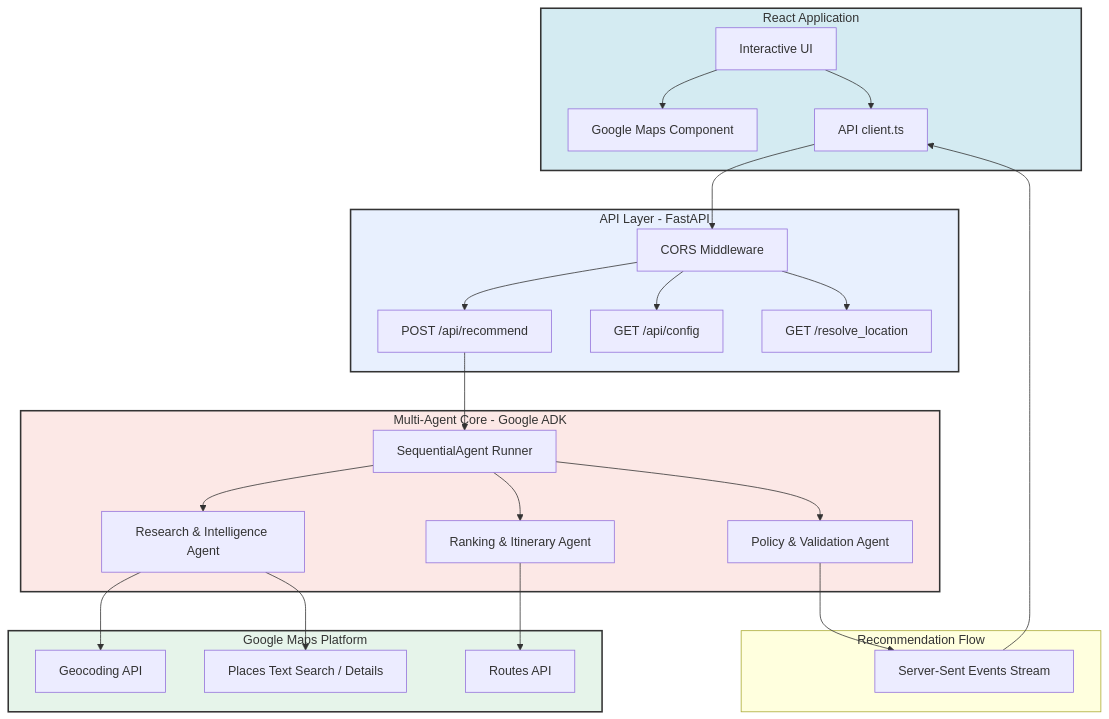
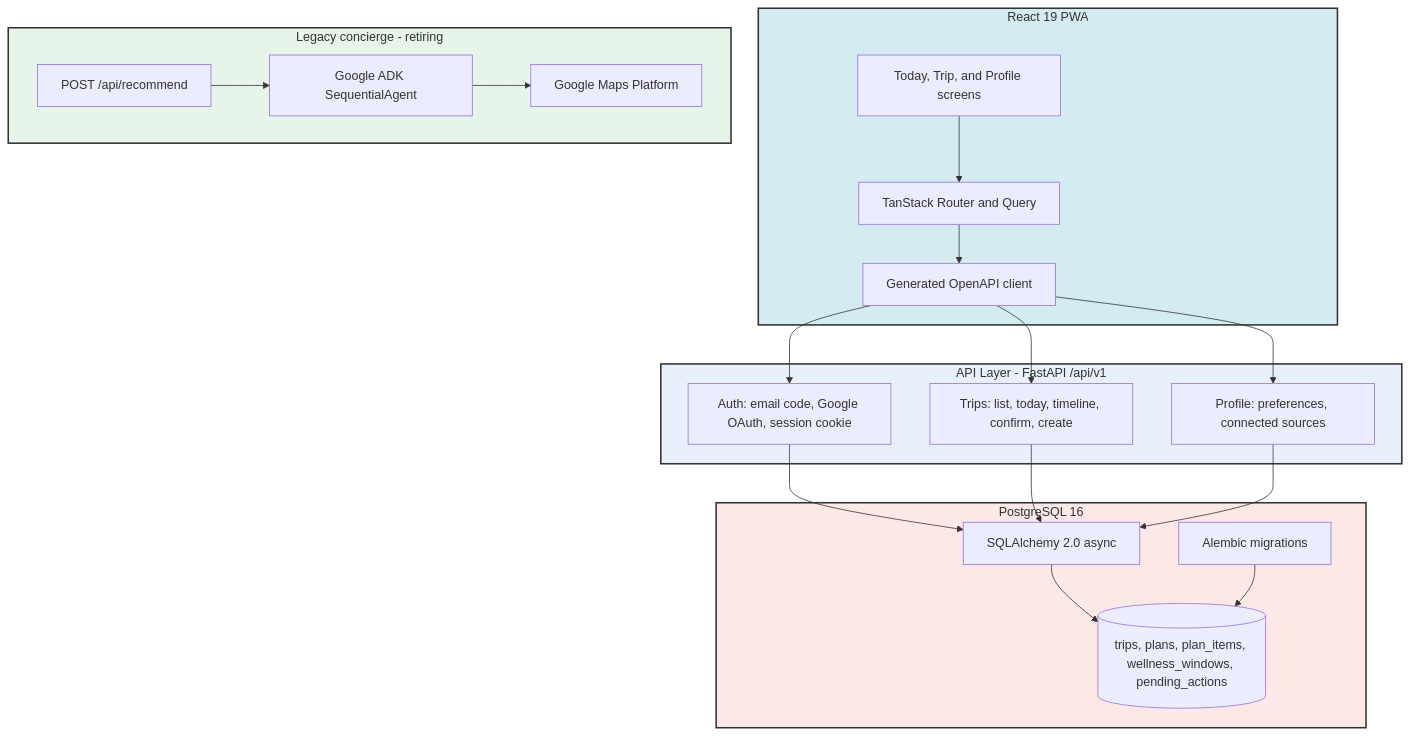
One commit to scrivner-solutions/travelwell-agent changed the diagram in README.md. Above: the diagram before and after it, drawn with Mermaid. The commit also changed other lines of this file and 7 other files, not shown here.

````diff
--- a/README.md
+++ b/README.md
@@ -49,37 +48,32 @@
 ```mermaid
 graph TD
-    subgraph Frontend [React Application]
-        UI[Interactive UI] --> Map[Google Maps Component]
-        UI --> Client[API client.ts]
+    subgraph Frontend [React 19 PWA]
+        UI[Today, Trip, and Profile screens]
+        UI --> Router[TanStack Router and Query]
+        Router --> Client[Generated OpenAPI client]
     end
 
-    subgraph API [API Layer - FastAPI]
-        Client --> CORS[CORS Middleware]
-        CORS --> RecRoute[POST /api/recommend]
-        CORS --> ConfigRoute[GET /api/config]
-        CORS --> GeocodeRoute[GET /resolve_location]
+    subgraph API [API Layer - FastAPI /api/v1]
+        Client --> Auth["Auth: email code, Google OAuth, session cookie"]
+        Client --> TripsAPI["Trips: list, today, timeline, confirm, create"]
+        Client --> ProfileAPI["Profile: preferences, connected sources"]
     end
 
-    subgraph Agents [Multi-Agent Core - Google ADK]
-        RecRoute --> SeqRunner[SequentialAgent Runner]
-        SeqRunner --> ResearchAgent[Research & Intelligence Agent]
-        SeqRunner --> RankingAgent[Ranking & Itinerary Agent]
-        SeqRunner --> PolicyAgent[Policy & Validation Agent]
+    subgraph Data [PostgreSQL 16]
+        Auth --> ORM[SQLAlchemy 2.0 async]
+        TripsAPI --> ORM
+        ProfileAPI --> ORM
+        ORM --> DB[("trips, plans, plan_items, wellness_windows, pending_actions")]
+        Alembic[Alembic migrations] --> DB
     end
 
-    subgraph External [Google Maps Platform]
-        ResearchAgent --> Geocoding[Geocoding API]
-        ResearchAgent --> Places[Places Text Search / Details]
-        RankingAgent --> Routes[Routes API]
-    end
-
-    subgraph Responses [Recommendation Flow]
-        PolicyAgent --> SSE[Server-Sent Events Stream]
-        SSE --> Client
+    subgraph Legacy [Legacy concierge - retiring]
+        RecRoute[POST /api/recommend] --> SeqRunner[Google ADK SequentialAgent]
+        SeqRunner --> Maps[Google Maps Platform]
     end
 
     style Frontend fill:#d4ebf2,stroke:#333,stroke-width:2px
     style API fill:#e8f0fe,stroke:#333,stroke-width:2px
-    style Agents fill:#fce8e6,stroke:#333,stroke-width:2px
-    style External fill:#e6f4ea,stroke:#333,stroke-width:2px
+    style Data fill:#fce8e6,stroke:#333,stroke-width:2px
+    style Legacy fill:#e6f4ea,stroke:#333,stroke-width:2px
 ```
````
